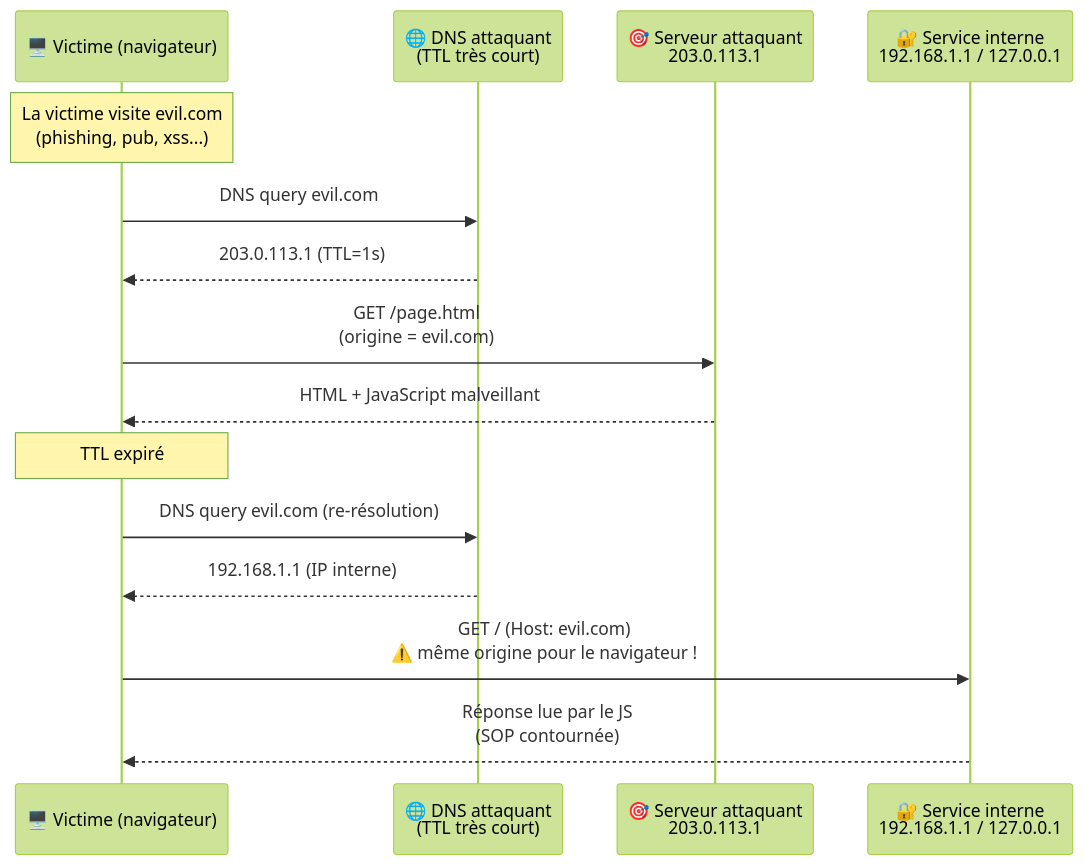
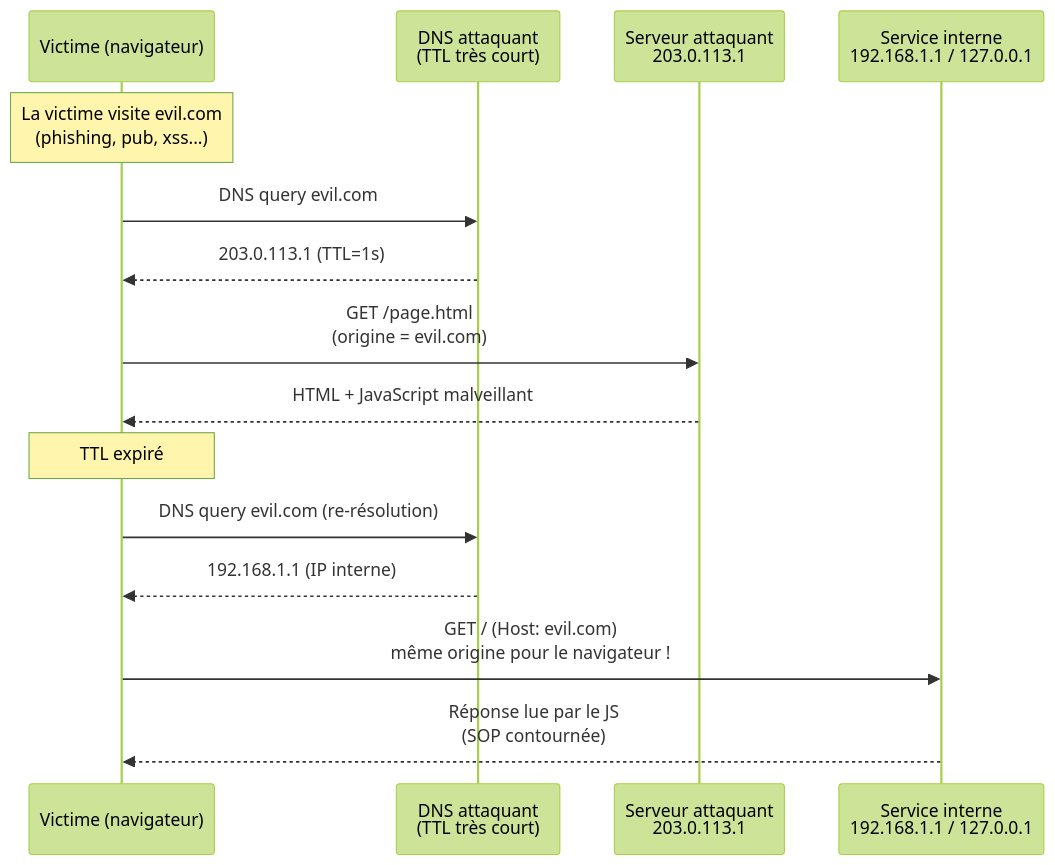
One commit to F0X-hack/foxhack.fr changed the diagram in public/offsidian/vault/Cybersécurité Offensive/Techniques/DNS Rebinding.md. Above: the diagram before and after it, drawn with Mermaid (forest theme). The commit also changed other lines of this file and 369 other files, not shown here.

````diff
--- a/public/offsidian/vault/Cybersécurité Offensive/Techniques/DNS Rebinding.md
+++ b/public/offsidian/vault/Cybersécurité Offensive/Techniques/DNS Rebinding.md
@@ -26,18 +26,18 @@
 ```mermaid
 sequenceDiagram
-    participant V as 🖥️ Victime (navigateur)
-    participant D as 🌐 DNS attaquant<br>(TTL très court)
-    participant A as 🎯 Serveur attaquant<br>203.0.113.1
-    participant I as 🔐 Service interne<br>192.168.1.1 / 127.0.0.1
+    participant V as Victime (navigateur)
+    participant D as DNS attaquant<br>(TTL très court)
+    participant A as Serveur attaquant<br>203.0.113.1
+    participant I as Service interne<br>192.168.1.1 / 127.0.0.1
 
     Note over V: La victime visite evil.com<br>(phishing, pub, xss...)
     V->>D: DNS query evil.com
     D-->>V: 203.0.113.1 (TTL=1s)
     V->>A: GET /page.html<br>(origine = evil.com)
     A-->>V: HTML + JavaScript malveillant
     Note over V: TTL expiré
     V->>D: DNS query evil.com (re-résolution)
     D-->>V: 192.168.1.1 (IP interne)
-    V->>I: GET / (Host: evil.com)<br>⚠️ même origine pour le navigateur !
+    V->>I: GET / (Host: evil.com)<br>même origine pour le navigateur !
     I-->>V: Réponse lue par le JS<br>(SOP contournée)
 ```
````
